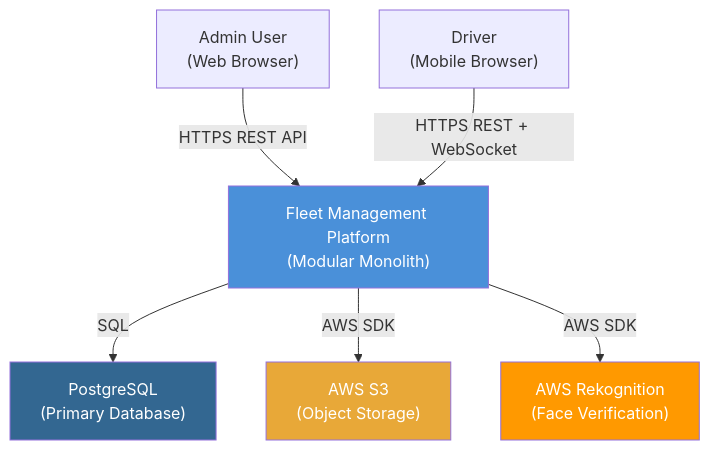
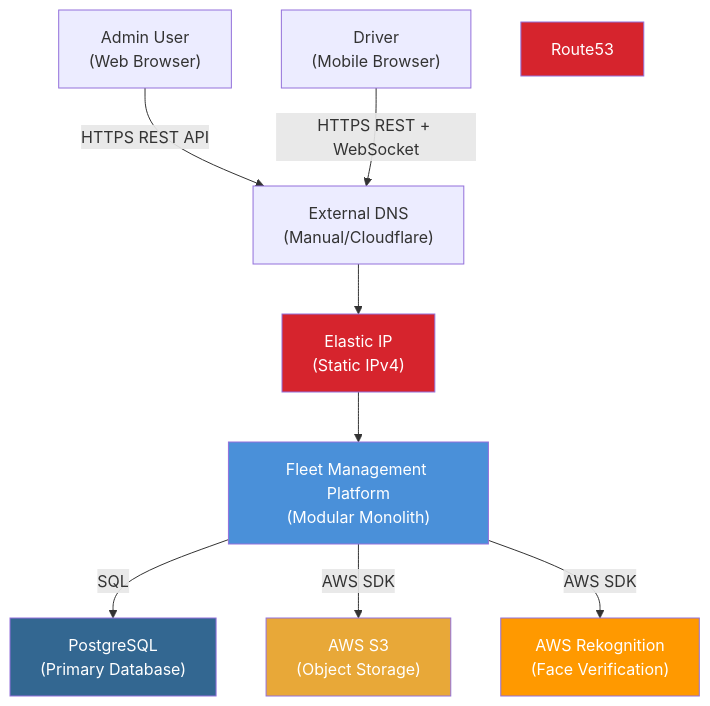
Before and after one commit to abdullah-hamada7/sezar-drive: the first of 6 diagrams in docs/03-architecture.md, drawn with Mermaid. The commit also changed other lines of this file and 57 other files, not shown here.

````diff
--- a/docs/03-architecture.md
+++ b/docs/03-architecture.md
@@ -30,22 +31,28 @@
 ```mermaid
 graph TB
     Admin["Admin User<br/>(Web Browser)"]
     Driver["Driver<br/>(Mobile Browser)"]
     
     System["Fleet Management Platform<br/>(Modular Monolith)"]
     
+    DNS["External DNS<br/>(Manual/Cloudflare)"]
+    EIP["Elastic IP<br/>(Static IPv4)"]
     DB["PostgreSQL<br/>(Primary Database)"]
     S3["AWS S3<br/>(Object Storage)"]
     Rekognition["AWS Rekognition<br/>(Face Verification)"]
     
-    Admin -->|HTTPS REST API| System
-    Driver -->|HTTPS REST + WebSocket| System
+    Admin -->|HTTPS REST API| DNS
+    Driver -->|HTTPS REST + WebSocket| DNS
+    DNS --> EIP
+    EIP --> System
     System -->|SQL| DB
     System -->|AWS SDK| S3
     System -->|AWS SDK| Rekognition
     
     style System fill:#4A90D9,color:#fff
     style DB fill:#336791,color:#fff
     style S3 fill:#E8A838,color:#fff
     style Rekognition fill:#FF9900,color:#fff
+    style Route53 fill:#D6242D,color:#fff
+    style EIP fill:#D6242D,color:#fff
 ```
````
